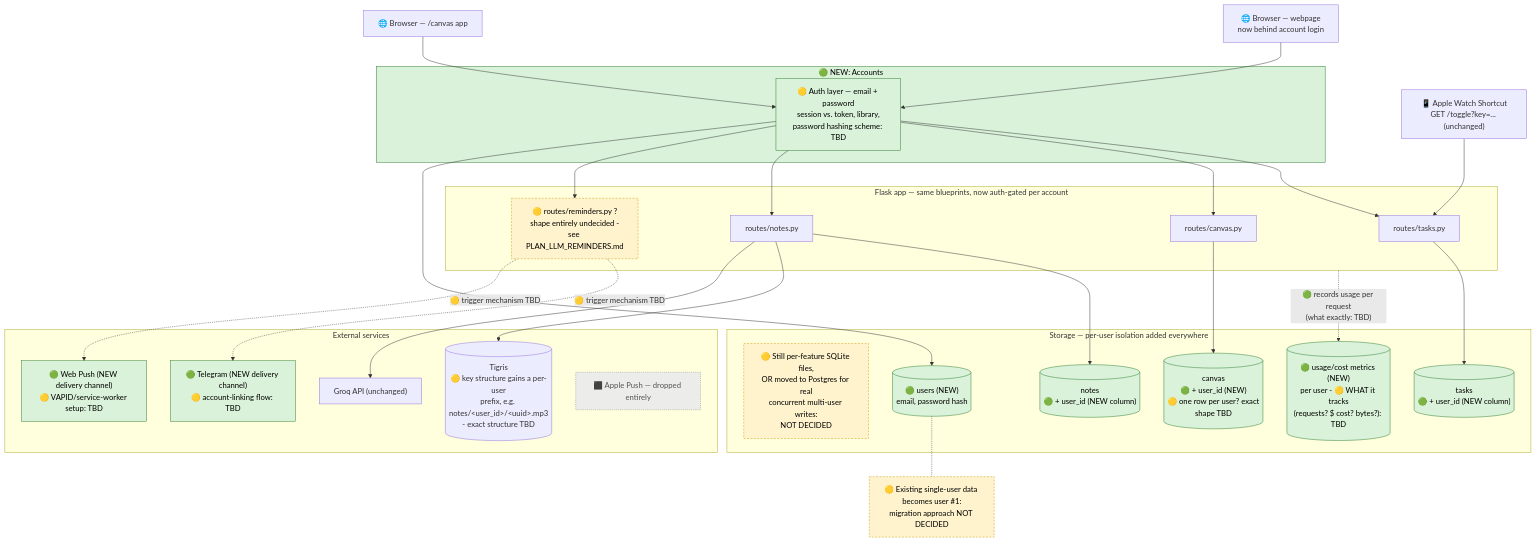
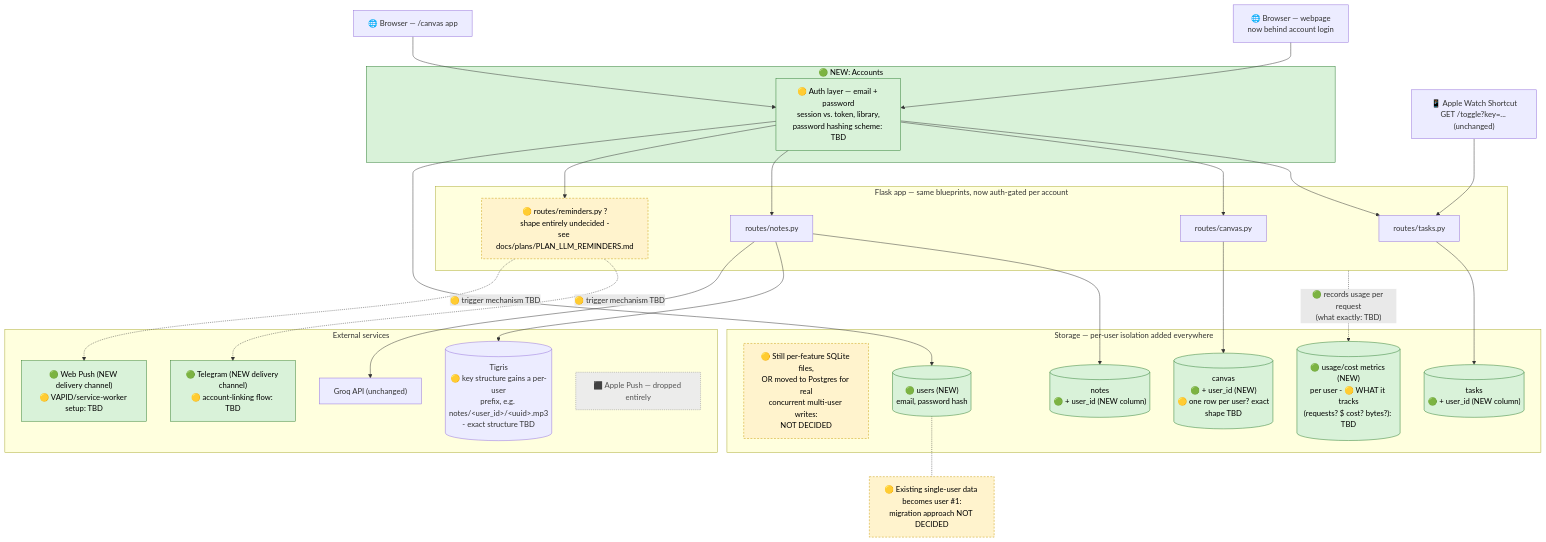
The diagram in FUTURE_ARCHITECTURE.md (Specterr07/applewatchtriggers), drawn with Mermaid before and after one commit. The commit also changed other lines of this file and 15 other files, not shown here.

````diff
--- a/FUTURE_ARCHITECTURE.md
+++ b/FUTURE_ARCHITECTURE.md
@@ -13,67 +13,67 @@
 ```mermaid
 flowchart TB
     Watch["📱 Apple Watch Shortcut<br/>GET /toggle?key=... (unchanged)"]
     Browser["🌐 Browser — webpage<br/>now behind account login"]
     CanvasApp["🌐 Browser — /canvas app"]
 
     subgraph AuthNew["🟢 NEW: Accounts"]
         AuthLayer["🟡 Auth layer — email + password<br/>session vs. token, library,<br/>password hashing scheme: TBD"]
     end
 
     Browser --> AuthLayer
     CanvasApp --> AuthLayer
 
     subgraph FlaskApp["Flask app — same blueprints, now auth-gated per account"]
         TasksRoute["routes/tasks.py"]
         CanvasRoute["routes/canvas.py"]
         NotesRoute["routes/notes.py"]
-        RemindersRoute["🟡 routes/reminders.py ?<br/>shape entirely undecided -<br/>see PLAN_LLM_REMINDERS.md"]
+        RemindersRoute["🟡 routes/reminders.py ?<br/>shape entirely undecided -<br/>see docs/plans/PLAN_LLM_REMINDERS.md"]
     end
 
     Watch --> TasksRoute
     AuthLayer --> TasksRoute
     AuthLayer --> CanvasRoute
     AuthLayer --> NotesRoute
     AuthLayer --> RemindersRoute
 
     subgraph Storage["Storage — per-user isolation added everywhere"]
         EngineChoice["🟡 Still per-feature SQLite files,<br/>OR moved to Postgres for real<br/>concurrent multi-user writes:<br/>NOT DECIDED"]
         UsersDB[("🟢 users (NEW)<br/>email, password hash")]
         TasksDB[("tasks<br/>🟢 + user_id (NEW column)")]
         CanvasDB[("canvas<br/>🟢 + user_id (NEW)<br/>🟡 one row per user? exact<br/>shape TBD")]
         NotesDB[("notes<br/>🟢 + user_id (NEW column)")]
         UsageDB[("🟢 usage/cost metrics (NEW)<br/>per user - 🟡 WHAT it tracks<br/>(requests? $ cost? bytes?): TBD")]
     end
 
     TasksRoute --> TasksDB
     CanvasRoute --> CanvasDB
     NotesRoute --> NotesDB
     AuthLayer --> UsersDB
     FlaskApp -.->|"🟢 records usage per request<br/>(what exactly: TBD)"| UsageDB
 
     subgraph External["External services"]
         Tigris[("Tigris<br/>🟡 key structure gains a per-user<br/>prefix, e.g. notes/&lt;user_id&gt;/&lt;uuid&gt;.mp3<br/>- exact structure TBD")]
         Groq["Groq API (unchanged)"]
         TelegramSvc["🟢 Telegram (NEW delivery channel)<br/>🟡 account-linking flow: TBD"]
         WebPushSvc["🟢 Web Push (NEW delivery channel)<br/>🟡 VAPID/service-worker setup: TBD"]
         ApplePushSvc["⬛ Apple Push — dropped entirely"]
     end
 
     NotesRoute --> Tigris
     NotesRoute --> Groq
     RemindersRoute -.->|"🟡 trigger mechanism TBD"| TelegramSvc
     RemindersRoute -.->|"🟡 trigger mechanism TBD"| WebPushSvc
 
     Migration["🟡 Existing single-user data becomes user #1:<br/>migration approach NOT DECIDED"]
     UsersDB -.- Migration
 
     classDef green fill:#d9f2d9,stroke:#2e7d32,color:#000;
     classDef yellow fill:#fff3cd,stroke:#c99a06,stroke-dasharray:4 3,color:#000;
     classDef grey fill:#ececeb,stroke:#8a8a88,color:#555,stroke-dasharray:2 2;
 
     class AuthNew,AuthLayer green
     class UsersDB,TasksDB,CanvasDB,NotesDB,UsageDB green
     class TelegramSvc,WebPushSvc green
     class EngineChoice,RemindersRoute,Migration yellow
     class ApplePushSvc grey
 ```
````
